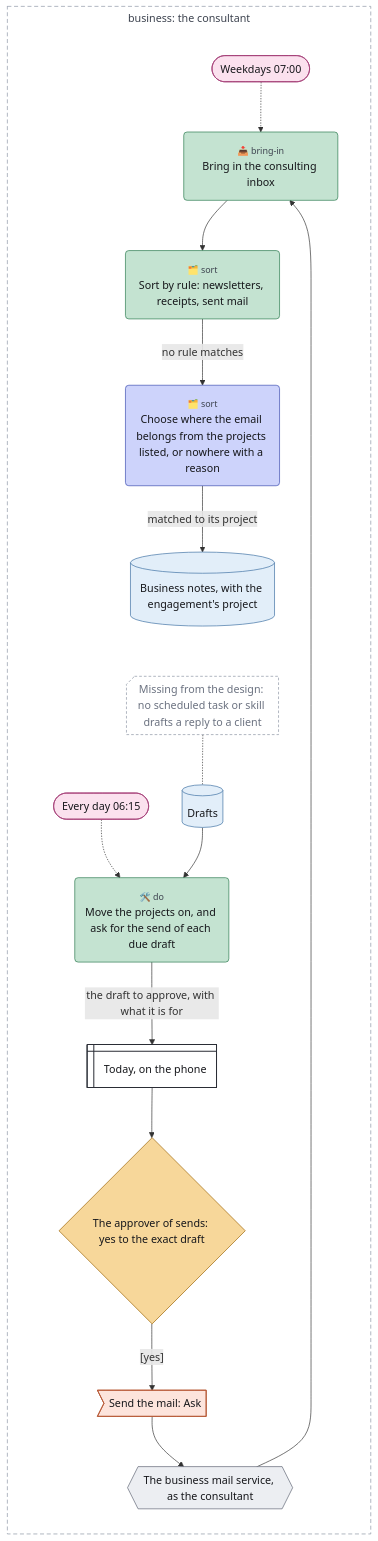
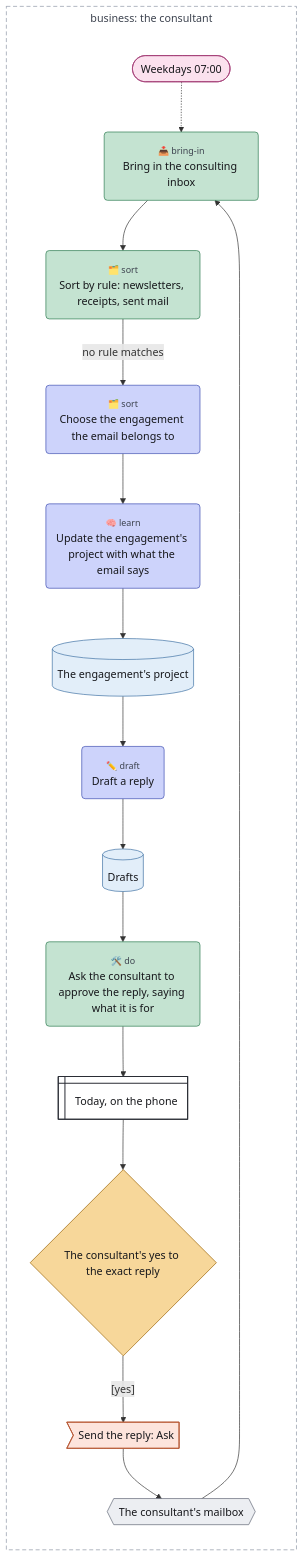
The diagram in examples/client-email.mmd (chrismdp/awml), drawn with Mermaid before and after one commit. The commit also changed 5 other files, not shown here.

First line of the commit message:
Draw the client's email as a complete workflow

```diff
--- a/examples/client-email.mmd
+++ b/examples/client-email.mmd
@@ -1,60 +1,59 @@
 ---
 config:
   theme: default
   flowchart:
     useMaxWidth: false
     subGraphTitleMargin:
       top: 6
       bottom: 30
 ---
 flowchart TB
   subgraph business["business: the consultant"]
     direction TB
     weekdays(["Weekdays 07:00"])
-    mail{{"The business mail service, as the consultant"}}
+    mailbox{{"The consultant's mailbox"}}
     bring("<small style='color:#3d434f'>📥 bring-in</small><br>Bring in the consulting inbox")
     rules("<small style='color:#3d434f'>🗂️ sort</small><br>Sort by rule: newsletters, receipts, sent mail")
-    sort("<small style='color:#3d434f'>🗂️ sort</small><br>Choose where the email belongs from the projects listed, or nowhere with a reason")
-    notes[("Business notes, with the engagement's project")]
-    draft_gap@{ shape: notch-rect, label: "Missing from the design: no scheduled task or skill drafts a reply to a client" }
-    daily(["Every day 06:15"])
+    choose("<small style='color:#3d434f'>🗂️ sort</small><br>Choose the engagement the email belongs to")
+    learn("<small style='color:#3d434f'>🧠 learn</small><br>Update the engagement's project with what the email says")
+    project[("The engagement's project")]
+    draft("<small style='color:#3d434f'>✏️ draft</small><br>Draft a reply")
     drafts[("Drafts")]
-    advance("<small style='color:#3d434f'>🛠️ do</small><br>Move the projects on, and ask for the send of each due draft")
+    ask("<small style='color:#3d434f'>🛠️ do</small><br>Ask the consultant to approve the reply, saying what it is for")
     today@{ shape: win-pane, label: "Today, on the phone" }
-    approve{"The approver of sends: yes to the exact draft"}
-    send>"Send the mail: Ask"]
+    approve{"The consultant's yes to the exact reply"}
+    send>"Send the reply: Ask"]
   end
 
   weekdays -.-> bring
-  mail --> bring
+  mailbox --> bring
   bring --> rules
-  rules -->|"no rule matches"| sort
-  sort -->|"matched to its project"| notes
-  notes ~~~ draft_gap
-  draft_gap -.- drafts
-  daily -.-> advance
-  drafts --> advance
-  advance -->|"the draft to approve, with what it is for"| today
+  rules -->|"no rule matches"| choose
+  choose --> learn
+  learn --> project
+  project --> draft
+  draft --> drafts
+  drafts --> ask
+  ask --> today
   today --> approve
   approve -->|"[yes]"| send
-  send --> mail
+  send --> mailbox
   classDef trig fill:#fbe1ee,stroke:#a33a74,color:#16171b
   classDef ctx fill:#e2eef9,stroke:#3d6fa3,color:#16171b
   classDef con fill:#eceef2,stroke:#5d6472,color:#16171b
   classDef surf fill:#ffffff,stroke:#2a2d35,stroke-width:1.5px,color:#16171b
   classDef out fill:#fde4dc,stroke:#b5532f,color:#16171b
   classDef ai fill:#cdd3fb,stroke:#3b4bb0,color:#16171b
   classDef rule fill:#c4e3d1,stroke:#2b7a4f,color:#16171b
   classDef human fill:#f7d79a,stroke:#9a6100,color:#16171b
   classDef uml fill:#16171b,stroke:#16171b,color:#16171b
   classDef gap fill:#ffffff,stroke:#8a93a3,stroke-dasharray:4 3,color:#6b7280
-  class weekdays,daily trig
-  class notes,drafts ctx
-  class mail con
+  class weekdays trig
+  class project,drafts ctx
+  class mailbox con
   class today surf
   class send out
-  class sort ai
-  class bring,rules,advance rule
+  class choose,learn,draft ai
+  class bring,rules,ask rule
   class approve human
-  class draft_gap gap
   style business fill:transparent,stroke:#8a93a3,stroke-dasharray:6 4,color:#3d434f
```
